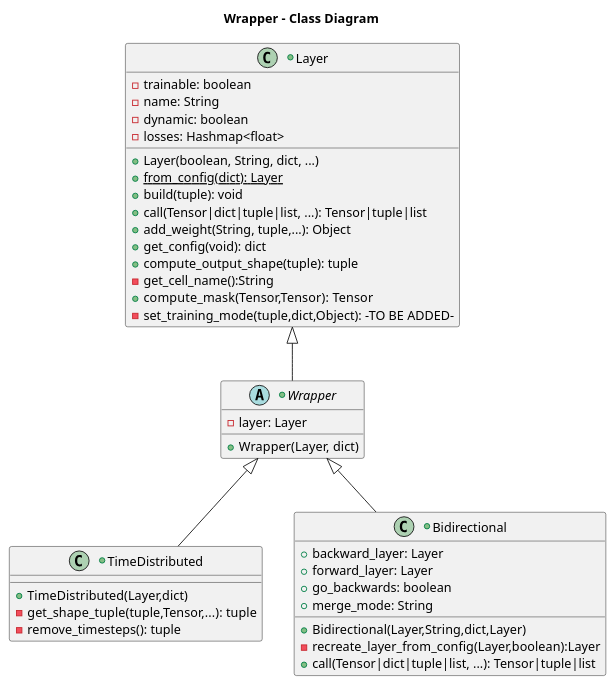
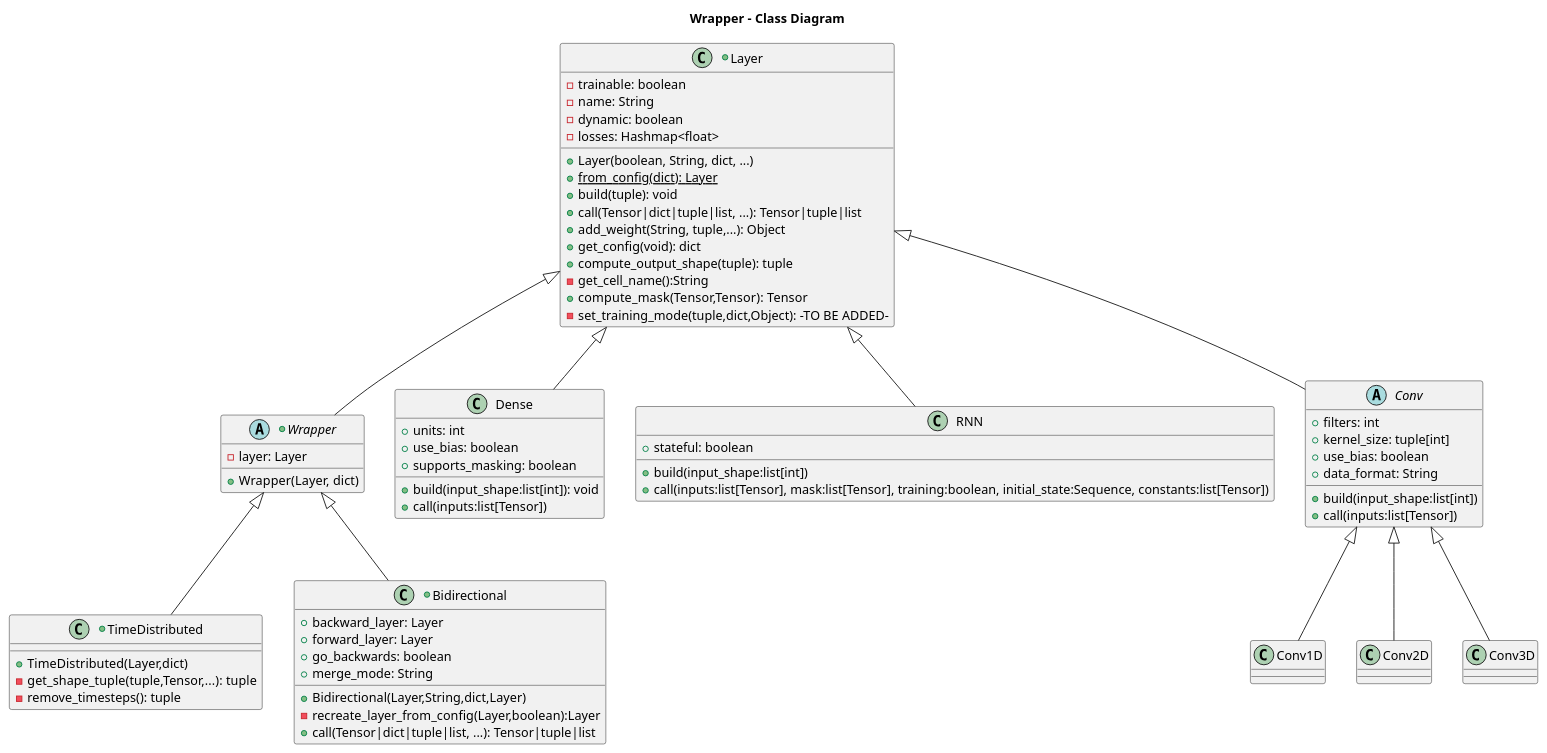
The diagram in uml_diagram/src/keras_wrapper.puml (pholpaphankorn/keras_softarch_assignment), drawn with PlantUML before and after one commit.

Commit message:
add some layer to wrapper

```diff
--- a/uml_diagram/src/keras_wrapper.puml
+++ b/uml_diagram/src/keras_wrapper.puml
@@ -1,44 +1,74 @@
 @startuml
 
 title Wrapper - Class Diagram
     
 
 +abstract class Wrapper extends Layer{
     - layer: Layer
     + Wrapper(Layer, dict)
     
 }
 
 +class Layer{
     - trainable: boolean
     - name: String
     - dynamic: boolean
     - losses: Hashmap<float>
     + Layer(boolean, String, dict, ...)
     +{static}from_config(dict): Layer
     + build(tuple): void
     + call(Tensor|dict|tuple|list, ...): Tensor|tuple|list
     + add_weight(String, tuple,...): Object
     + get_config(void): dict
     + compute_output_shape(tuple): tuple
     - get_cell_name():String
     + compute_mask(Tensor,Tensor): Tensor
     - set_training_mode(tuple,dict,Object): -TO BE ADDED-
 }
 
 +class TimeDistributed extends Wrapper{
     + TimeDistributed(Layer,dict)
     - get_shape_tuple(tuple,Tensor,...): tuple
     - remove_timesteps(): tuple
 }
+class Dense extends Layer {
+    +build(input_shape:list[int]): void
+    +call(inputs:list[Tensor])
+    +units: int
+    +use_bias: boolean
+    +supports_masking: boolean
+}
 
+class RNN extends Layer {
+    +build(input_shape:list[int])
+    +call(inputs:list[Tensor], mask:list[Tensor], training:boolean, initial_state:Sequence, constants:list[Tensor])
+    +stateful: boolean
+}
+
+abstract class Conv extends Layer {
+    +build(input_shape:list[int])
+    +call(inputs:list[Tensor])
+    +filters: int
+    +kernel_size: tuple[int]
+    +use_bias: boolean
+    +data_format: String
+}
+class Conv1D extends Conv{
+    
+}
+class Conv2D extends Conv{
+
+}
+class Conv3D extends Conv{
+    
+}
 +class Bidirectional extends Wrapper{
     + Bidirectional(Layer,String,dict,Layer)
     + backward_layer: Layer
     + forward_layer: Layer
     + go_backwards: boolean
     + merge_mode: String
     - recreate_layer_from_config(Layer,boolean):Layer
     + call(Tensor|dict|tuple|list, ...): Tensor|tuple|list
 }
 @enduml
```
